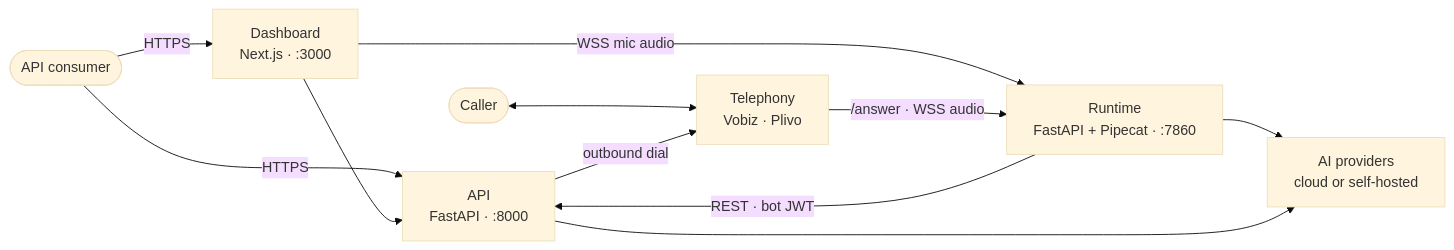
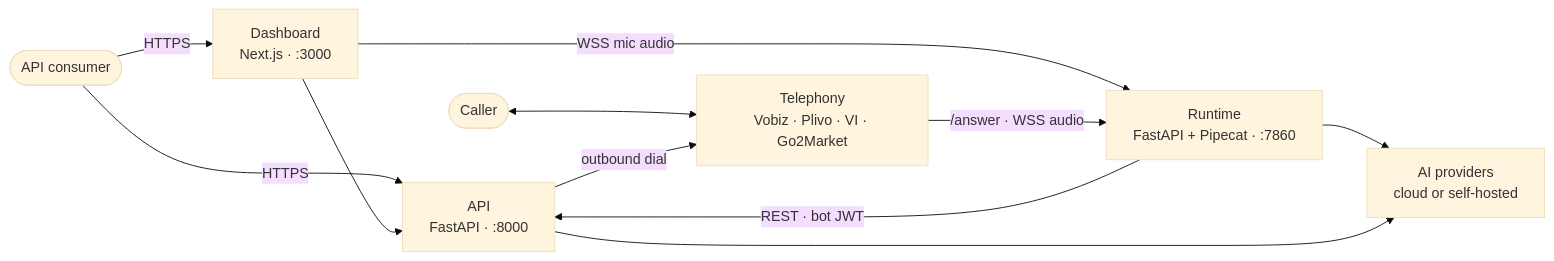
The second of 6 diagrams in docs/guides/concepts/architecture.md (COSS-India/VoicEra), drawn with Mermaid (base theme) before and after one commit. The commit also changed other lines of this file and 20 other files, not shown here.

Commit message:
Document Go2Market and update telephony/campaign docs

````diff
--- a/docs/guides/concepts/architecture.md
+++ b/docs/guides/concepts/architecture.md
@@ -45,24 +45,24 @@
 ```mermaid
 flowchart LR
   Client(["API consumer"])
   Caller(["Caller"])
 
   FE["Dashboard<br/>Next.js · :3000"]
-  Tel["Telephony<br/>Vobiz · Plivo"]
+  Tel["Telephony<br/>Vobiz · Plivo · VI · Go2Market"]
   API["API<br/>FastAPI · :8000"]
   RT["Runtime<br/>FastAPI + Pipecat · :7860"]
   AI["AI providers<br/>cloud or self-hosted"]
 
   Client -- HTTPS --> FE
   Client -- HTTPS --> API
   FE --> API
   FE -- "WSS mic audio" --> RT
 
   Caller <--> Tel
   API -- "outbound dial" --> Tel
   Tel -- "/answer · WSS audio" --> RT
 
   RT -- "REST · bot JWT" --> API
   RT --> AI
   API --> AI
 ```
````
